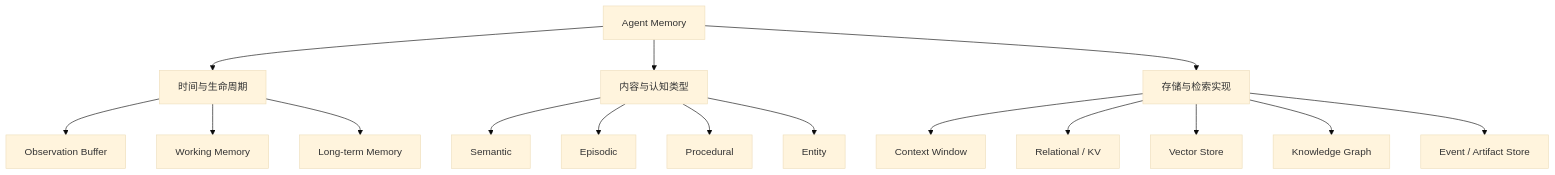
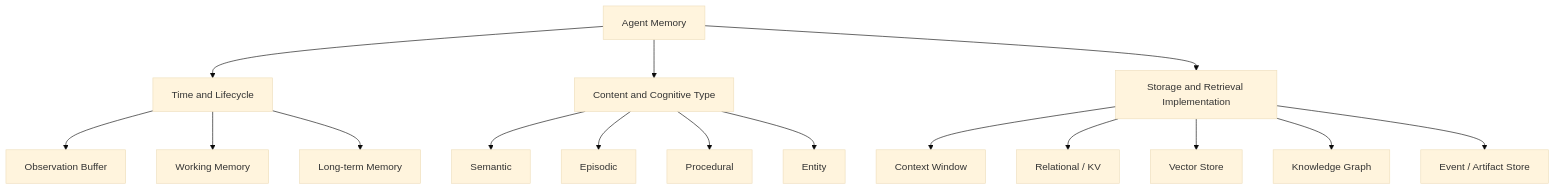
The first of 15 diagrams in docs/agent/03-memory-context/07-agent-memory.md (oneleaveknowsthefall/awesome-ai-roadmap), drawn with Mermaid (base theme) before and after one commit. The commit also changed other lines of this file and 68 other files, not shown here.

````diff
--- a/docs/agent/03-memory-context/07-agent-memory.md
+++ b/docs/agent/03-memory-context/07-agent-memory.md
@@ -24,21 +24,21 @@
 ```mermaid
 flowchart TB
-    M[Agent Memory] --> T[时间与生命周期]
-    M --> C[内容与认知类型]
-    M --> S[存储与检索实现]
+    M[Agent Memory] --> T[Time and Lifecycle]
+    M --> C[Content and Cognitive Type]
+    M --> S[Storage and Retrieval Implementation]
 
     T --> O[Observation Buffer]
     T --> W[Working Memory]
     T --> L[Long-term Memory]
 
     C --> SEM[Semantic]
     C --> EPI[Episodic]
     C --> PROC[Procedural]
     C --> ENT[Entity]
 
     S --> CTX[Context Window]
     S --> REL[Relational / KV]
     S --> VEC[Vector Store]
     S --> GRAPH[Knowledge Graph]
     S --> EVENT[Event / Artifact Store]
 ```
````
